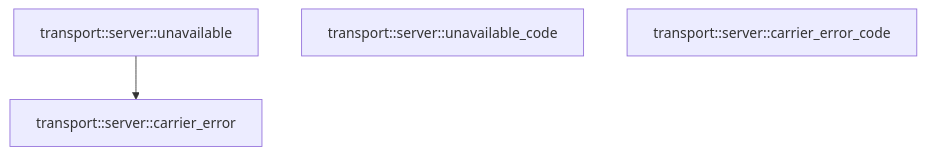
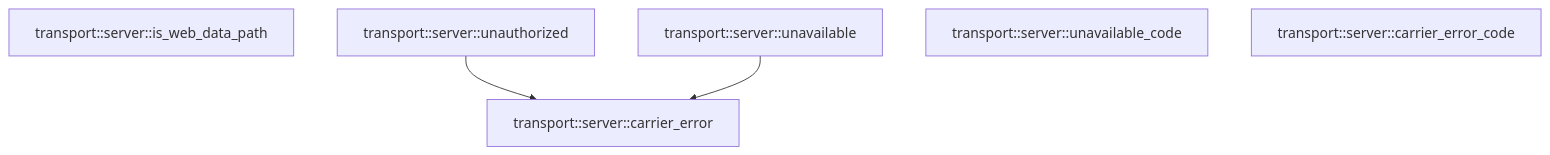
One commit to TekesApps/TekesKernel changed the fourth of 4 diagrams in crates/transport/docs/generated/src--server.md. Above: the diagram before and after it, drawn with Mermaid. The commit also changed other lines of this file and 13 other files, not shown here.

Commit message:
Regenerate architecture atlas for dynamic host channel API

````diff
--- a/crates/transport/docs/generated/src--server.md
+++ b/crates/transport/docs/generated/src--server.md
@@ -371,8 +385,11 @@
 ```mermaid
 flowchart TD
-  n0["transport::server::unavailable"]
-  n1["transport::server::unavailable_code"]
-  n2["transport::server::carrier_error_code"]
-  n3["transport::server::carrier_error"]
-  n0 --> n3
+  n0["transport::server::is_web_data_path"]
+  n1["transport::server::unauthorized"]
+  n2["transport::server::unavailable"]
+  n3["transport::server::unavailable_code"]
+  n4["transport::server::carrier_error_code"]
+  n5["transport::server::carrier_error"]
+  n1 --> n5
+  n2 --> n5
 ```
````
